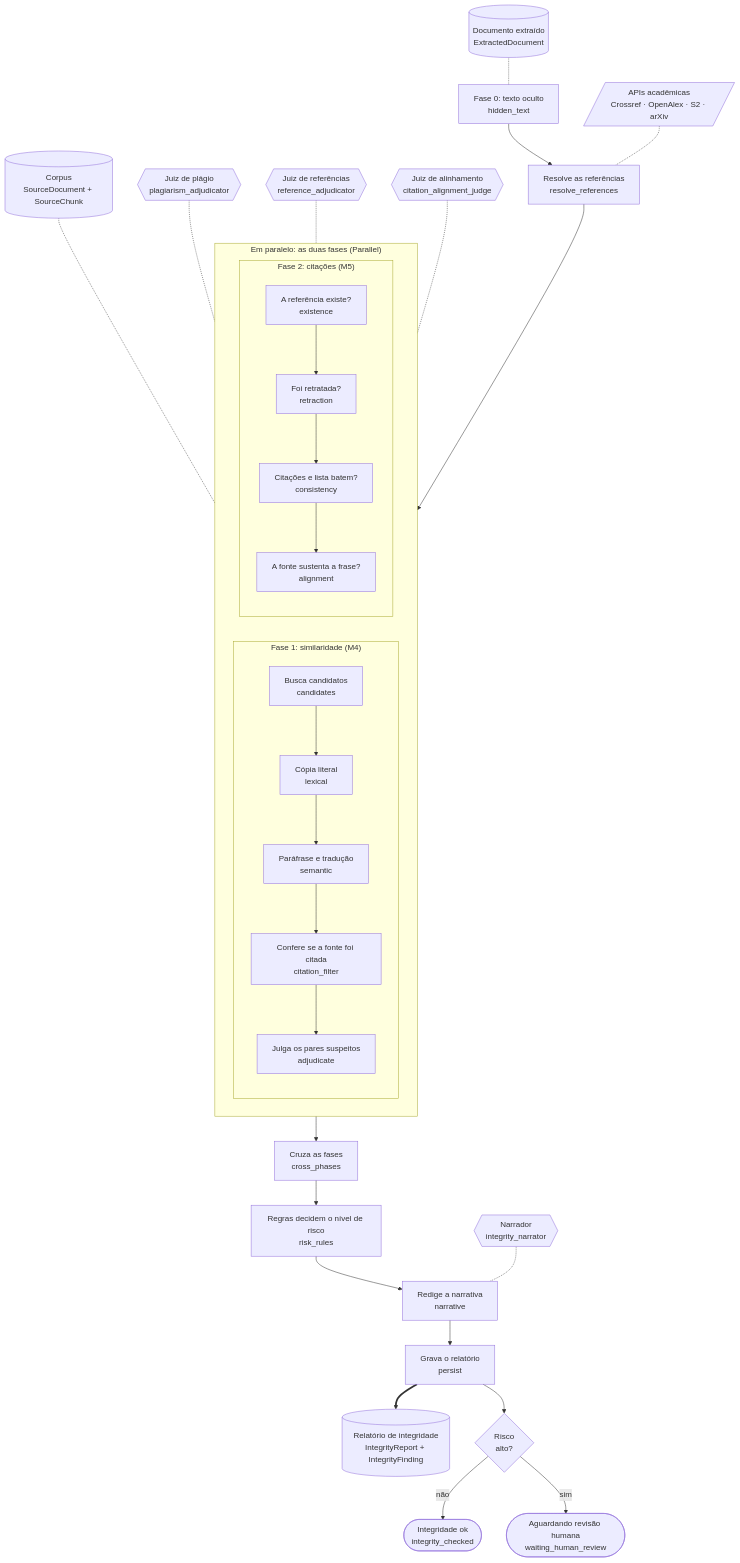
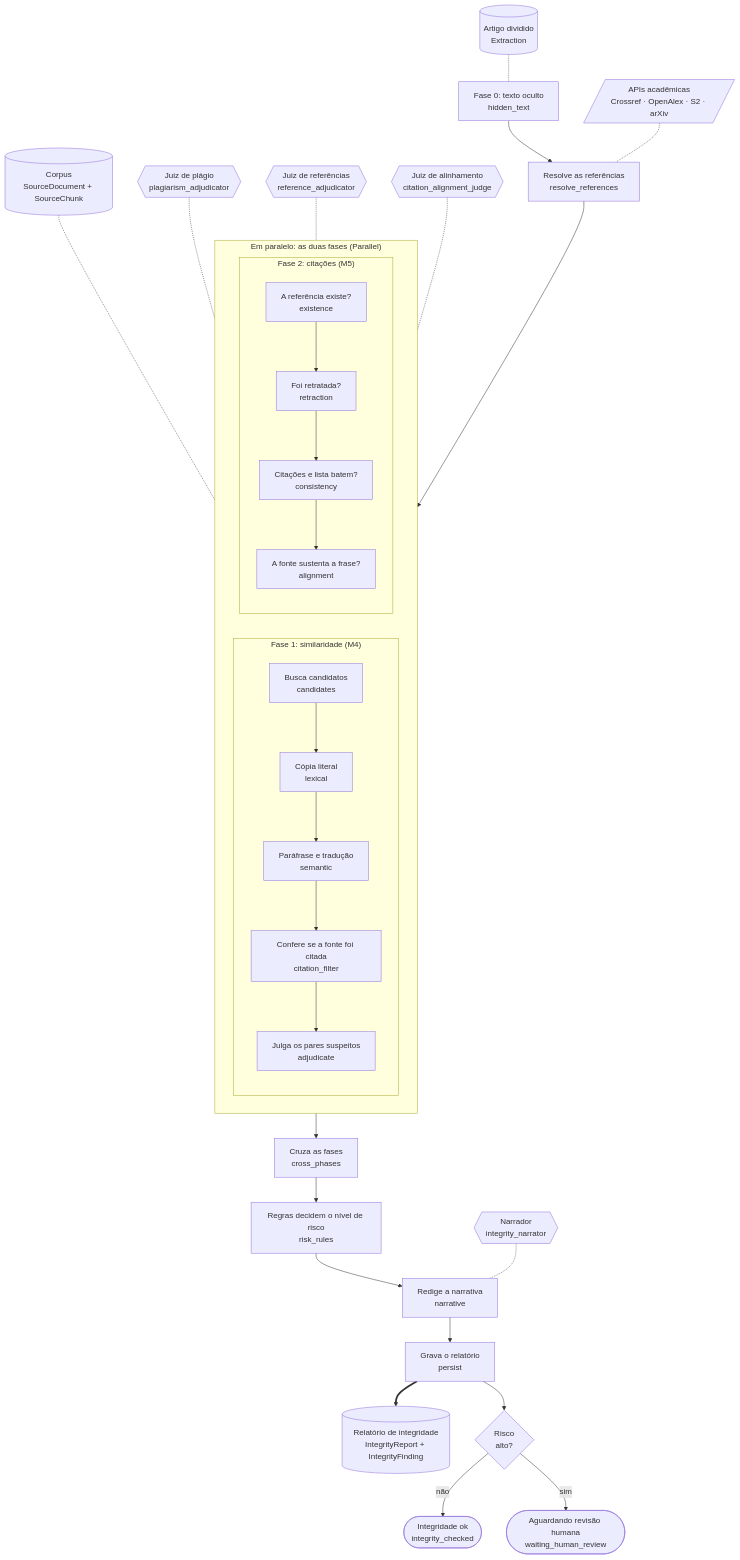
The seventh of 10 diagrams in docs/flow_graph.md (iarinhasz/metis_system), drawn with Mermaid before and after one commit. The commit also changed other lines of this file and 76 other files, not shown here.

````diff
--- a/docs/flow_graph.md
+++ b/docs/flow_graph.md
@@ -292,31 +289,31 @@
 ```mermaid
 flowchart TD
-    ED[("Documento extraído<br/>ExtractedDocument")] -.- HT
+    ED[("Artigo dividido<br/>Extraction")] -.- HT
     HT["Fase 0: texto oculto<br/>hidden_text"] --> RR["Resolve as referências<br/>resolve_references"]
     SCH[/"APIs acadêmicas<br/>Crossref · OpenAlex · S2 · arXiv"/] -.- RR
     RR --> PH
     subgraph PH["Em paralelo: as duas fases (Parallel)"]
         direction LR
         subgraph F1["Fase 1: similaridade (M4)"]
             direction TB
             C1["Busca candidatos<br/>candidates"] --> L1["Cópia literal<br/>lexical"] --> S1["Paráfrase e tradução<br/>semantic"] --> CI["Confere se a fonte foi citada<br/>citation_filter"] --> AD["Julga os pares suspeitos<br/>adjudicate"]
         end
         subgraph F2["Fase 2: citações (M5)"]
             direction TB
             EX["A referência existe?<br/>existence"] --> RT["Foi retratada?<br/>retraction"] --> CO["Citações e lista batem?<br/>consistency"] --> AL["A fonte sustenta a frase?<br/>alignment"]
         end
     end
     SRC[("Corpus<br/>SourceDocument + SourceChunk")] -.- S1
     AGA{{"Juiz de plágio<br/>plagiarism_adjudicator"}} -.- AD
     AGE{{"Juiz de referências<br/>reference_adjudicator"}} -.- EX
     AGC{{"Juiz de alinhamento<br/>citation_alignment_judge"}} -.- AL
     PH --> XP["Cruza as fases<br/>cross_phases"]
     XP --> RU["Regras decidem o nível de risco<br/>risk_rules"]
     RU --> NA["Redige a narrativa<br/>narrative"]
     AGN{{"Narrador<br/>integrity_narrator"}} -.- NA
     NA --> PE["Grava o relatório<br/>persist"]
     PE ==> IR[("Relatório de integridade<br/>IntegrityReport + IntegrityFinding")]
     PE --> RK{"Risco<br/>alto?"}
     RK -->|"não"| OK(["Integridade ok<br/>integrity_checked"])
     RK -->|"sim"| WH(["Aguardando revisão humana<br/>waiting_human_review"])
 ```
````
